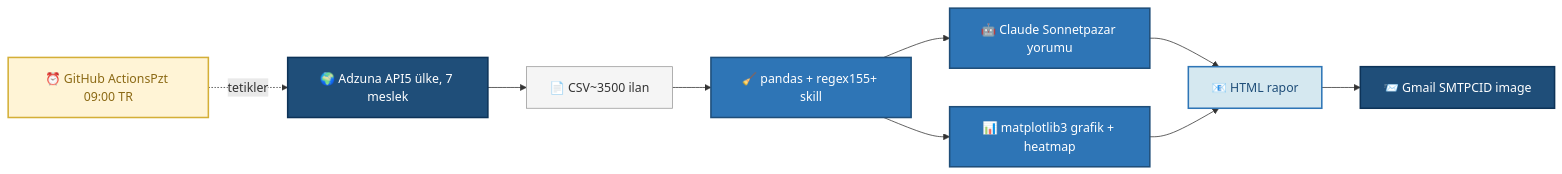
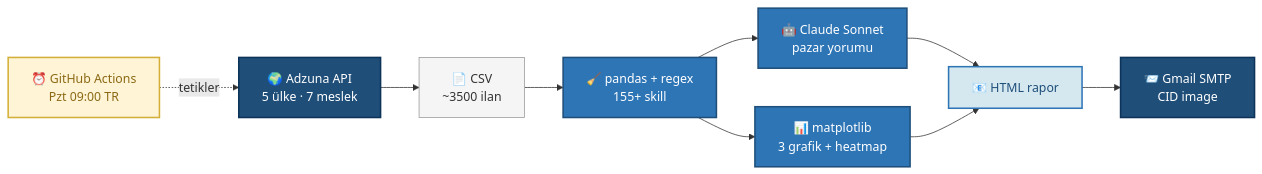
Before and after one commit to selinsserra/it-pazar-analiz: the diagram in README.md, drawn with Mermaid. The commit also changed other lines of this file, not shown here.

Commit message:
v2.0 README: Mermaid sistem mimarisi diyagrami eklendi

````diff
--- a/README.md
+++ b/README.md
@@ -185,21 +185,20 @@
 ```mermaid
 flowchart LR
-    A[🌍 Adzuna API5 ülke, 7 meslek] --> B[📄 CSV~3500 ilan]
-    B --> C[🧹 pandas + regex155+ skill]
-    C --> D[🤖 Claude Sonnetpazar yorumu]
-    C --> E[📊 matplotlib3 grafik + heatmap]
-    D --> F[📧 HTML rapor]
+    A["🌍 Adzuna API<br/>5 ülke · 7 meslek"] --> B["📄 CSV<br/>~3500 ilan"]
+    B --> C["🧹 pandas + regex<br/>155+ skill"]
+    C --> D["🤖 Claude Sonnet<br/>pazar yorumu"]
+    C --> E["📊 matplotlib<br/>3 grafik + heatmap"]
+    D --> F["📧 HTML rapor"]
     E --> F
-    F --> G[📨 Gmail SMTPCID image]
-    
-    H[⏰ GitHub ActionsPzt 09:00 TR] -.tetikler.-> A
-    
+    F --> G["📨 Gmail SMTP<br/>CID image"]
+    H["⏰ GitHub Actions<br/>Pzt 09:00 TR"] -.tetikler.-> A
+
     style A fill:#1F4E79,color:#fff,stroke:#0d3358,stroke-width:2px
     style B fill:#F5F5F5,color:#333,stroke:#999
     style C fill:#2E75B6,color:#fff,stroke:#1F4E79,stroke-width:2px
     style D fill:#2E75B6,color:#fff,stroke:#1F4E79,stroke-width:2px
     style E fill:#2E75B6,color:#fff,stroke:#1F4E79,stroke-width:2px
     style F fill:#D5E8F0,color:#1F4E79,stroke:#2E75B6,stroke-width:2px
     style G fill:#1F4E79,color:#fff,stroke:#0d3358,stroke-width:2px
     style H fill:#FFF4D6,color:#8B6914,stroke:#D4AF37,stroke-width:2px
 ```
````
